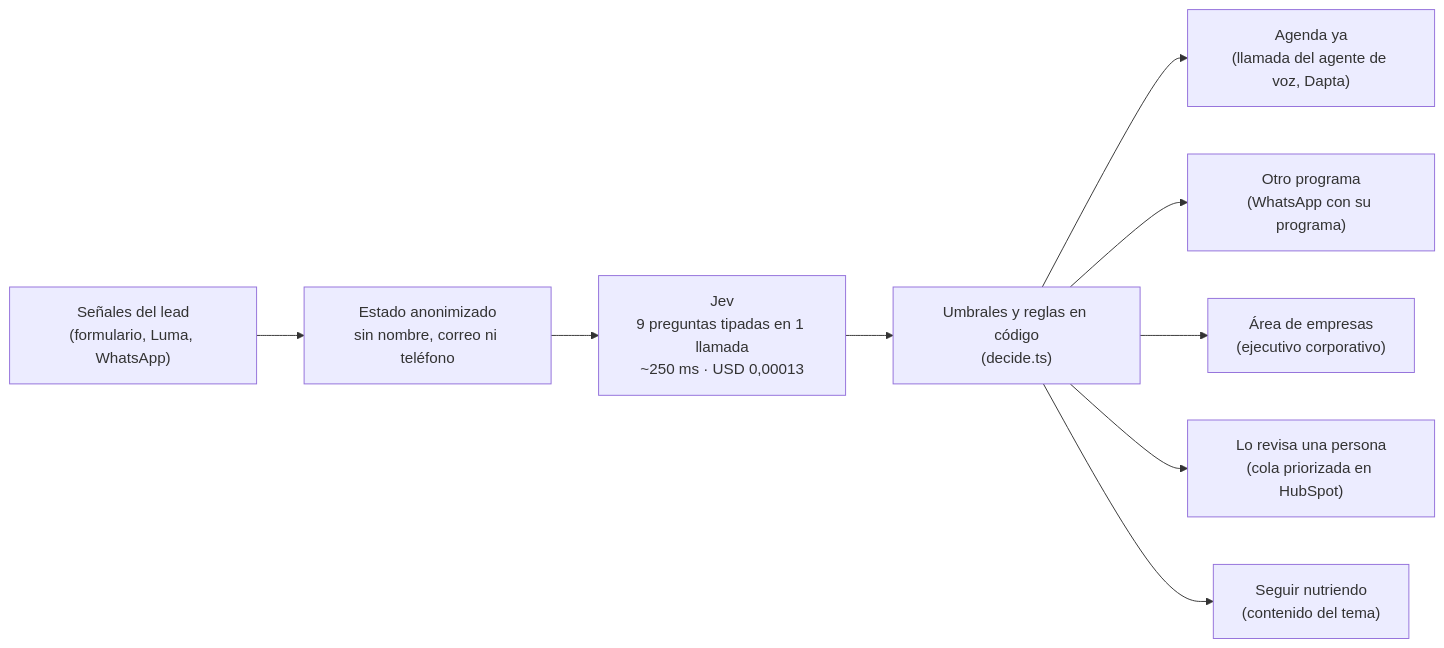
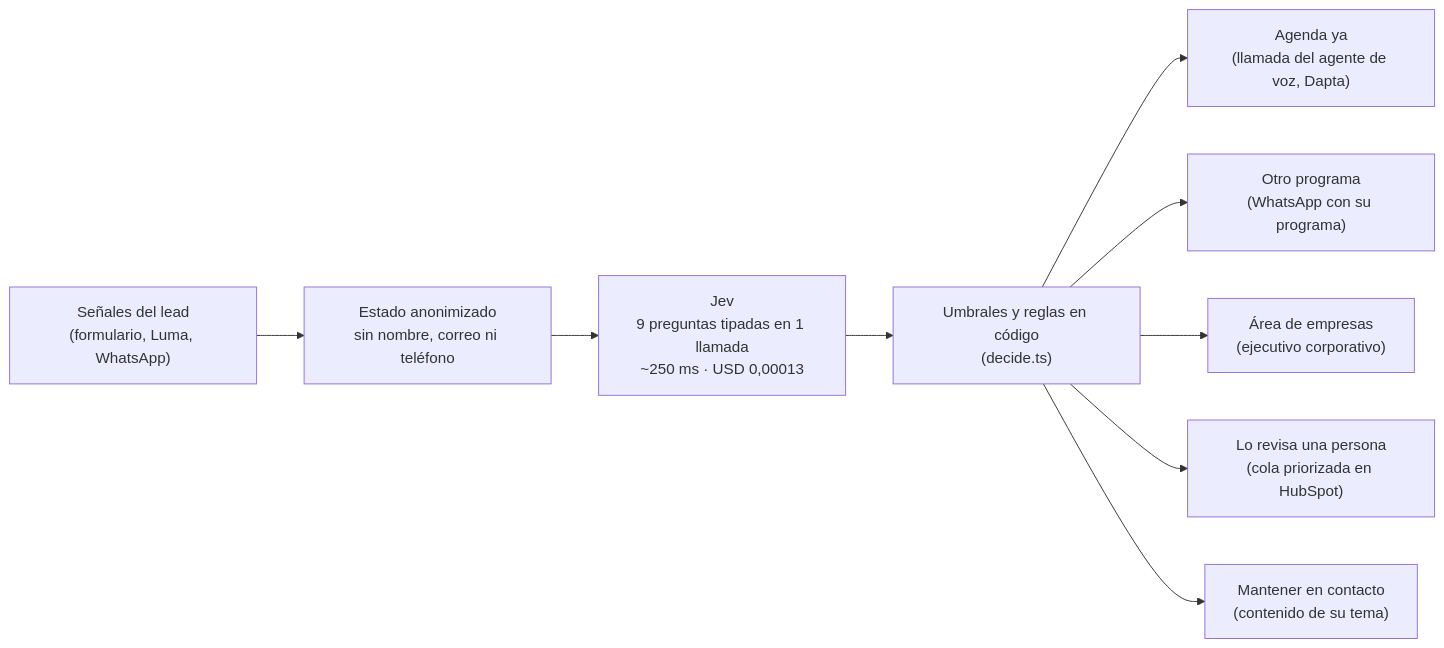
The diagram in docs/playbook.md (juanmapath/leads-router30x), drawn with Mermaid before and after one commit. The commit also changed other lines of this file and 6 other files, not shown here.

First line of the commit message:
"Mantener en contacto" en vez de "Seguir nutriendo" y sección de la capa de acción fuera de la página

````diff
--- a/docs/playbook.md
+++ b/docs/playbook.md
@@ -27,11 +27,11 @@
 ```mermaid
 flowchart LR
     A["Señales del lead\n(formulario, Luma, WhatsApp)"] --> B["Estado anonimizado\nsin nombre, correo ni teléfono"]
     B --> C["Jev\n9 preguntas tipadas en 1 llamada\n~250 ms · USD 0,00013"]
     C --> D["Umbrales y reglas en código\n(decide.ts)"]
     D --> E1["Agenda ya\n(llamada del agente de voz, Dapta)"]
     D --> E2["Otro programa\n(WhatsApp con su programa)"]
     D --> E3["Área de empresas\n(ejecutivo corporativo)"]
     D --> E4["Lo revisa una persona\n(cola priorizada en HubSpot)"]
-    D --> E5["Seguir nutriendo\n(contenido del tema)"]
+    D --> E5["Mantener en contacto\n(contenido de su tema)"]
 ```
````
